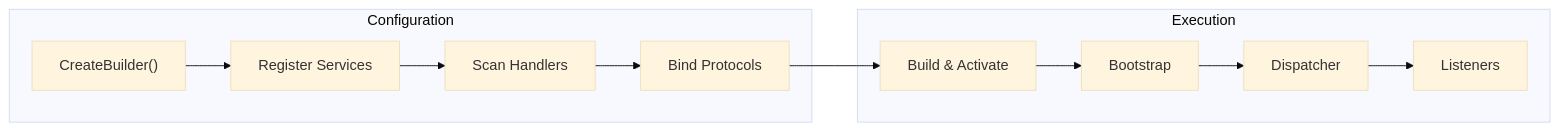
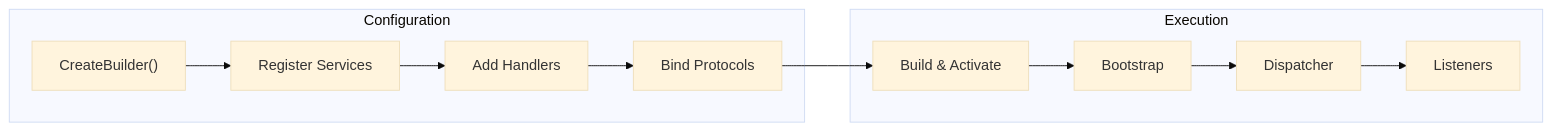
Before and after one commit to ppn-systems/Nalix: the diagram in docs/packages/nalix-hosting.md, drawn with Mermaid (base theme). The commit also changed other lines of this file and 63 other files, not shown here.

````diff
--- a/docs/packages/nalix-hosting.md
+++ b/docs/packages/nalix-hosting.md
@@ -15,15 +15,15 @@
 ```mermaid
 flowchart LR
     subgraph Config ["Configuration"]
         A["CreateBuilder()"] --> B["Register Services"]
-        B --> C["Scan Handlers"]
+        B --> C["Add Handlers"]
         C --> D["Bind Protocols"]
     end
 
     subgraph Runtime ["Execution"]
         D --> E["Build & Activate"]
         E --> F["Bootstrap"]
         F --> G["Dispatcher"]
         G --> H["Listeners"]
     end
 ```
````
